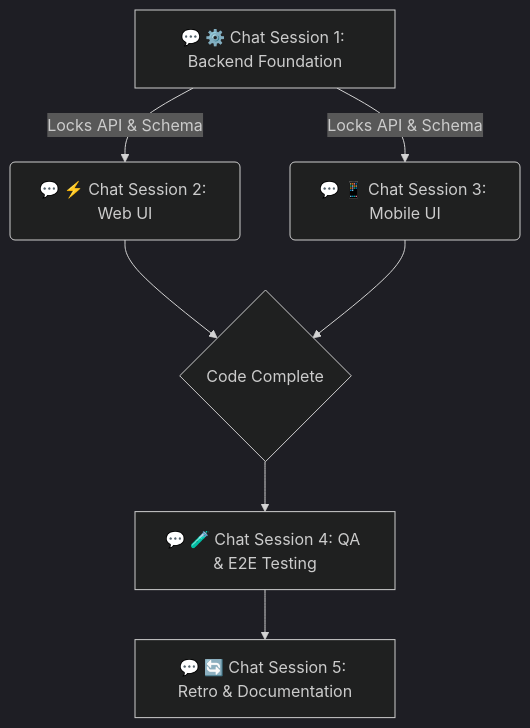
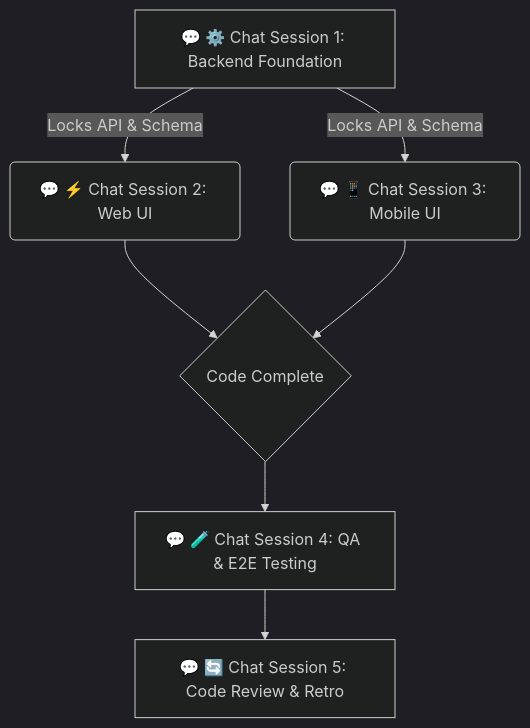
Before and after one commit to dsj1984/agent-protocols: the diagram in .agents/templates/sprint-playbook-template.md, drawn with Mermaid (dark theme). The commit also changed other lines of this file and 2 other files, not shown here.

Commit message:
feat(protocols): add specialized sprint-code-review workflow and integrate into Chat 5

````diff
--- a/.agents/templates/sprint-playbook-template.md
+++ b/.agents/templates/sprint-playbook-template.md
@@ -8,9 +8,9 @@
 ```mermaid
 graph TD
     A[💬 ⚙️ Chat Session 1: Backend Foundation] -->|Locks API & Schema| B(💬 ⚡ Chat Session 2: Web UI)
     A -->|Locks API & Schema| C(💬 📱 Chat Session 3: Mobile UI)
     B --> D{Code Complete}
     C --> D
     D --> E[💬 🧪 Chat Session 4: QA & E2E Testing]
-    E --> F[💬 🔄 Chat Session 5: Retro & Documentation]
+    E --> F[💬 🔄 Chat Session 5: Code Review & Retro]
 ```
````
